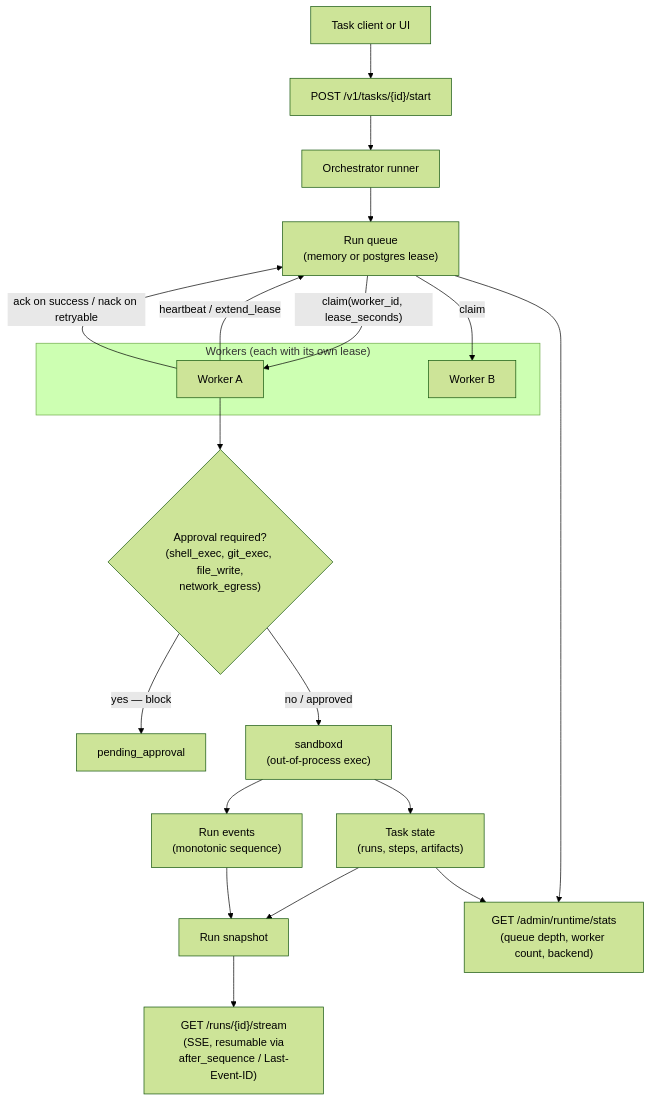
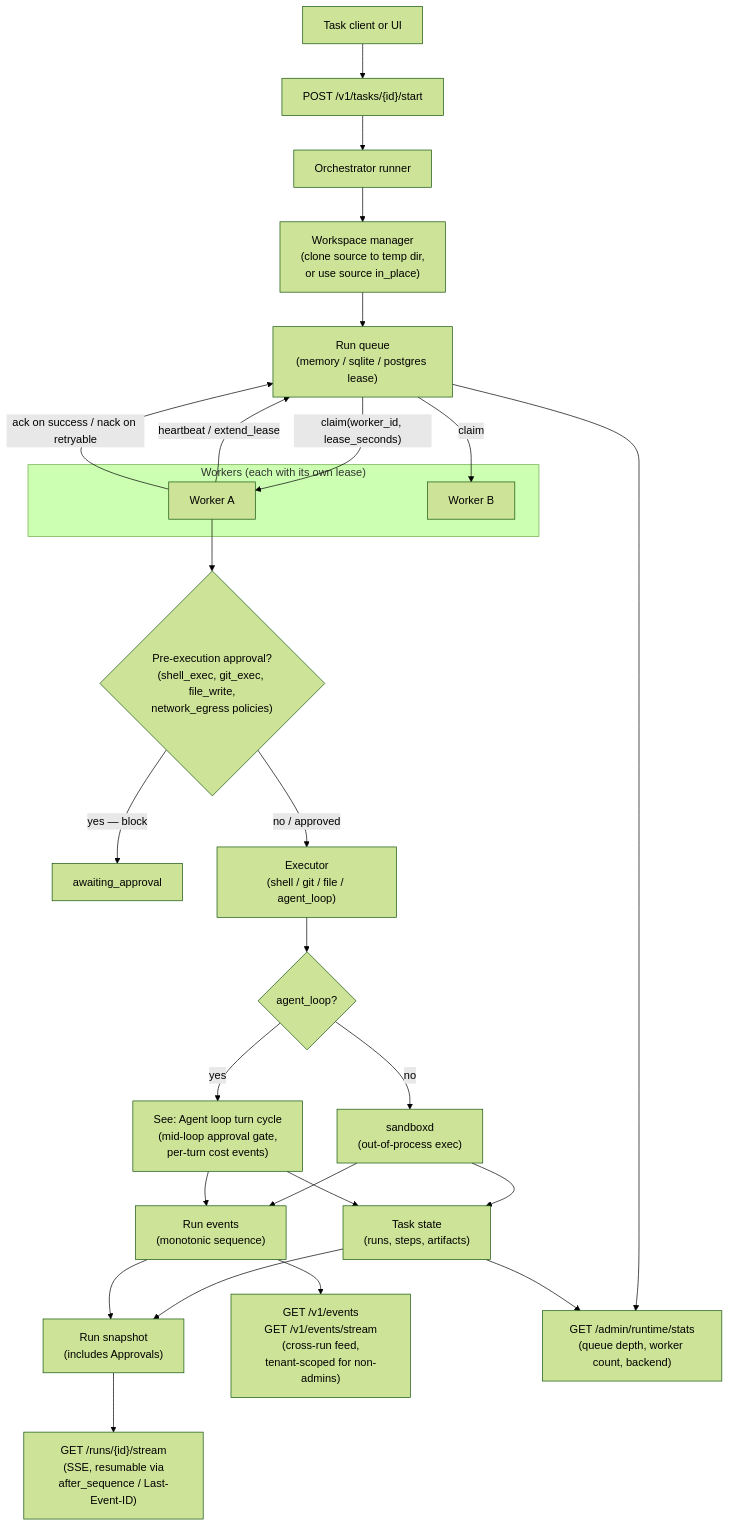
Before and after one commit to chicoxyzzy/hecate: the second of 3 diagrams in docs/architecture.md, drawn with Mermaid (forest theme). The commit also changed other lines of this file and 4 other files, not shown here.

Commit message:
docs: add agent-runtime guide; update architecture diagrams and runtime API for v0.1

````diff
--- a/docs/architecture.md
+++ b/docs/architecture.md
@@ -49,30 +49,39 @@
 ```mermaid
 flowchart TD
     Client["Task client or UI"] --> TasksApi["POST /v1/tasks/{id}/start"]
     TasksApi --> Runner["Orchestrator runner"]
-    Runner --> Queue["Run queue<br/>(memory or postgres lease)"]
+    Runner --> Workspace["Workspace manager<br/>(clone source to temp dir,<br/>or use source in_place)"]
+    Workspace --> Queue["Run queue<br/>(memory / sqlite / postgres lease)"]
 
     subgraph Workers["Workers (each with its own lease)"]
         WorkerA["Worker A"]
         WorkerB["Worker B"]
     end
 
     Queue -->|"claim(worker_id, lease_seconds)"| WorkerA
     Queue -->|"claim"| WorkerB
     WorkerA -->|"heartbeat / extend_lease"| Queue
     WorkerA -->|"ack on success / nack on retryable"| Queue
 
-    WorkerA --> Approval{"Approval required?<br/>(shell_exec, git_exec, file_write,<br/>network_egress)"}
-    Approval -->|"yes — block"| Pending["pending_approval"]
-    Approval -->|"no / approved"| Sandboxd["sandboxd<br/>(out-of-process exec)"]
+    WorkerA --> PreApproval{"Pre-execution approval?<br/>(shell_exec, git_exec, file_write,<br/>network_egress policies)"}
+    PreApproval -->|"yes — block"| Pending["awaiting_approval"]
+    PreApproval -->|"no / approved"| Executor
+
+    Executor["Executor<br/>(shell / git / file / agent_loop)"]
+    Executor --> AgentLoop{"agent_loop?"}
+    AgentLoop -->|"yes"| LoopRef["See: Agent loop turn cycle<br/>(mid-loop approval gate,<br/>per-turn cost events)"]
+    AgentLoop -->|"no"| Sandboxd["sandboxd<br/>(out-of-process exec)"]
 
     Sandboxd --> State["Task state<br/>(runs, steps, artifacts)"]
+    LoopRef --> State
     Sandboxd --> RunEvents["Run events<br/>(monotonic sequence)"]
+    LoopRef --> RunEvents
 
-    State --> Snapshot["Run snapshot"]
+    State --> Snapshot["Run snapshot<br/>(includes Approvals)"]
     RunEvents --> Snapshot
     Snapshot --> Stream["GET /runs/{id}/stream<br/>(SSE, resumable via<br/>after_sequence / Last-Event-ID)"]
+    RunEvents --> PublicEvents["GET /v1/events<br/>GET /v1/events/stream<br/>(cross-run feed,<br/>tenant-scoped for non-admins)"]
 
     Queue --> Stats["GET /admin/runtime/stats<br/>(queue depth, worker count, backend)"]
     State --> Stats
 ```
````
